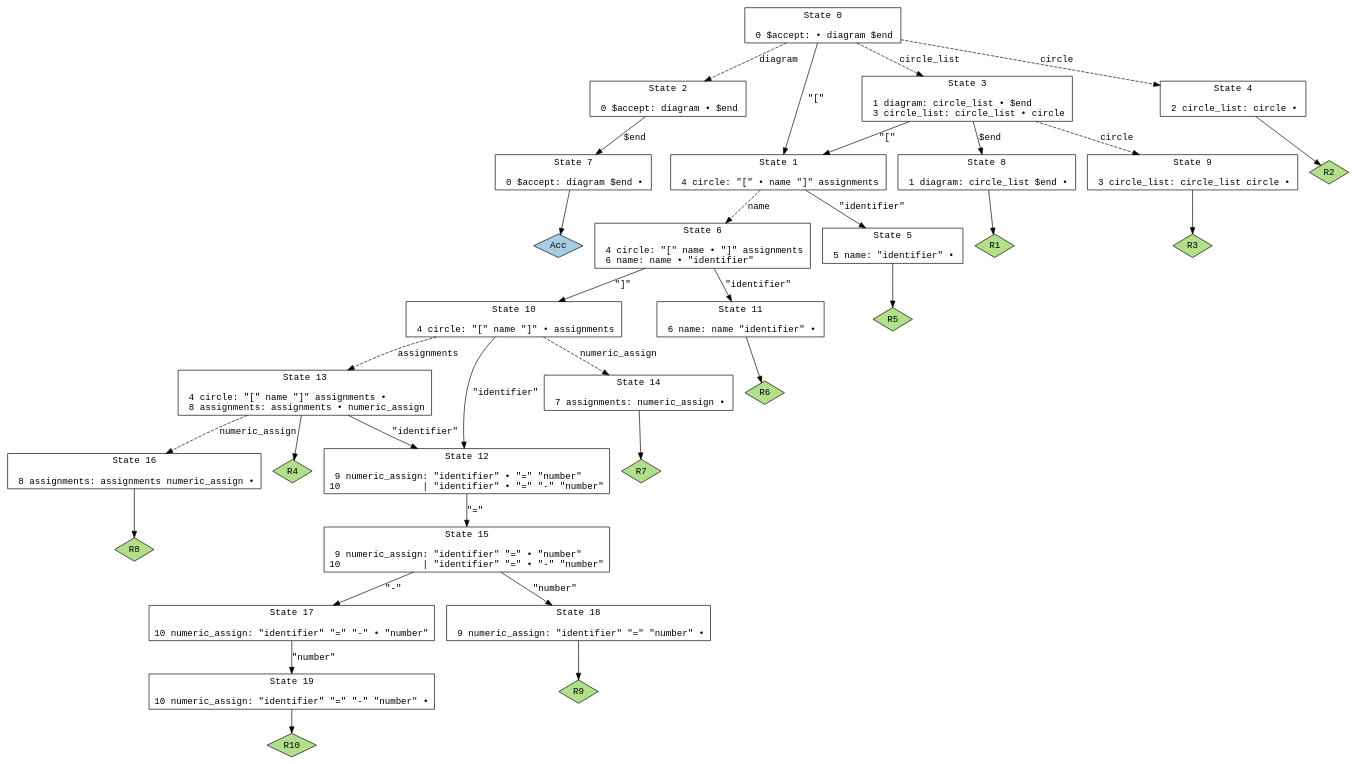
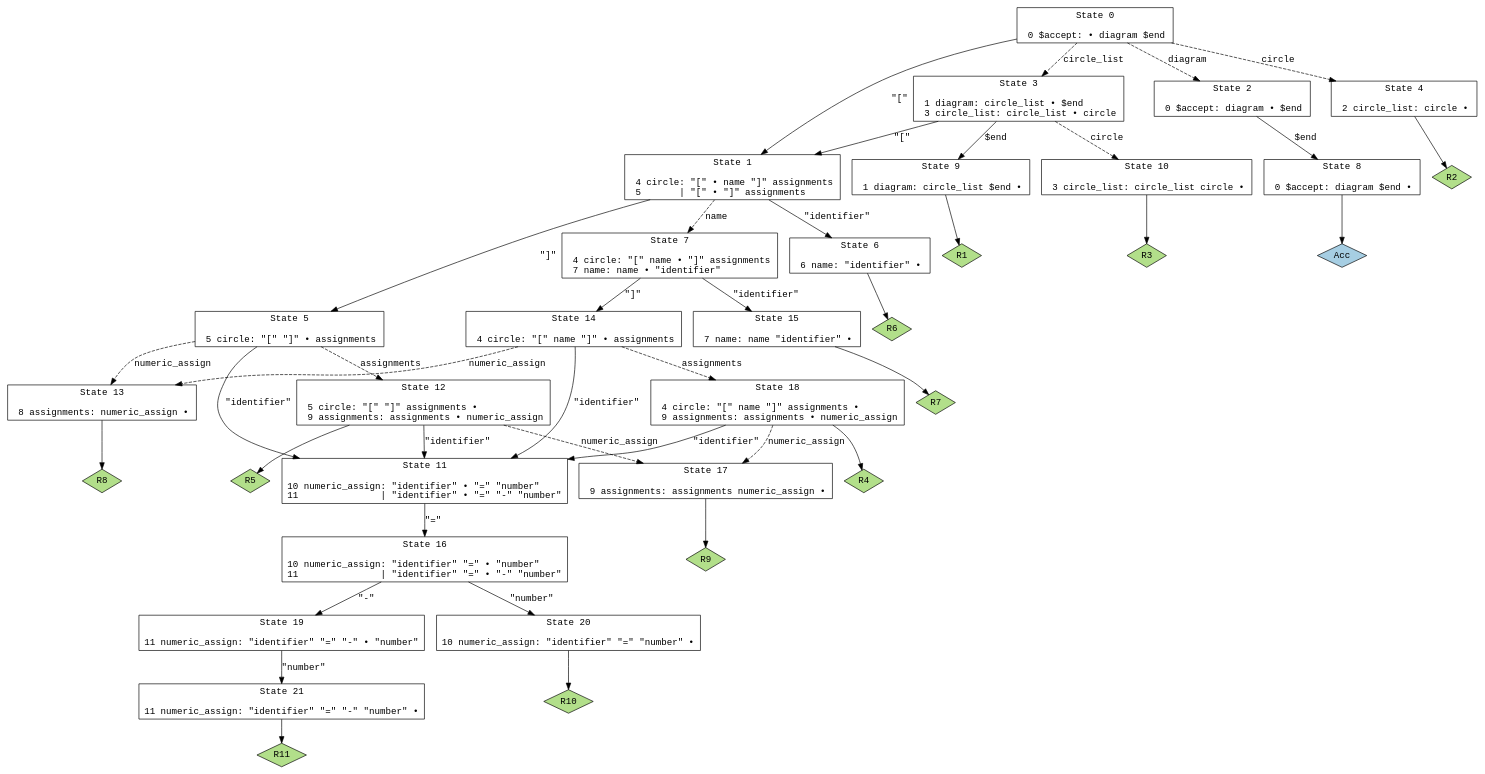
Before and after one commit to mahlenmorris/VCVRack: the diagram in src/parser-venn/parser.gv, drawn with Graphviz. The commit also changed 9 other files, not shown here.

Commit message:
Now can save and load a diagram.

```diff
--- a/src/parser-venn/parser.gv
+++ b/src/parser-venn/parser.gv
@@ -1,73 +1,83 @@
 // Generated by GNU Bison 3.8.2.
 // Report bugs to <bug-bison@gnu.org>.
 // Home page: <https://www.gnu.org/software/bison/>.
 
 digraph "parser.yy"
 {
   node [fontname = courier, shape = box, colorscheme = paired6]
   edge [fontname = courier]
 
   0 [label="State 0\n\l  0 $accept: • diagram $end\l"]
   0 -> 1 [style=solid label="\"[\""]
   0 -> 2 [style=dashed label="diagram"]
   0 -> 3 [style=dashed label="circle_list"]
   0 -> 4 [style=dashed label="circle"]
-  1 [label="State 1\n\l  4 circle: \"[\" • name \"]\" assignments\l"]
-  1 -> 5 [style=solid label="\"identifier\""]
-  1 -> 6 [style=dashed label="name"]
+  1 [label="State 1\n\l  4 circle: \"[\" • name \"]\" assignments\l  5       | \"[\" • \"]\" assignments\l"]
+  1 -> 5 [style=solid label="\"]\""]
+  1 -> 6 [style=solid label="\"identifier\""]
+  1 -> 7 [style=dashed label="name"]
   2 [label="State 2\n\l  0 $accept: diagram • $end\l"]
-  2 -> 7 [style=solid label="$end"]
+  2 -> 8 [style=solid label="$end"]
   3 [label="State 3\n\l  1 diagram: circle_list • $end\l  3 circle_list: circle_list • circle\l"]
-  3 -> 8 [style=solid label="$end"]
+  3 -> 9 [style=solid label="$end"]
   3 -> 1 [style=solid label="\"[\""]
-  3 -> 9 [style=dashed label="circle"]
+  3 -> 10 [style=dashed label="circle"]
   4 [label="State 4\n\l  2 circle_list: circle •\l"]
   4 -> "4R2" [style=solid]
  "4R2" [label="R2", fillcolor=3, shape=diamond, style=filled]
-  5 [label="State 5\n\l  5 name: \"identifier\" •\l"]
-  5 -> "5R5" [style=solid]
- "5R5" [label="R5", fillcolor=3, shape=diamond, style=filled]
-  6 [label="State 6\n\l  4 circle: \"[\" name • \"]\" assignments\l  6 name: name • \"identifier\"\l"]
-  6 -> 10 [style=solid label="\"]\""]
-  6 -> 11 [style=solid label="\"identifier\""]
-  7 [label="State 7\n\l  0 $accept: diagram $end •\l"]
-  7 -> "7R0" [style=solid]
- "7R0" [label="Acc", fillcolor=1, shape=diamond, style=filled]
-  8 [label="State 8\n\l  1 diagram: circle_list $end •\l"]
-  8 -> "8R1" [style=solid]
- "8R1" [label="R1", fillcolor=3, shape=diamond, style=filled]
-  9 [label="State 9\n\l  3 circle_list: circle_list circle •\l"]
-  9 -> "9R3" [style=solid]
- "9R3" [label="R3", fillcolor=3, shape=diamond, style=filled]
-  10 [label="State 10\n\l  4 circle: \"[\" name \"]\" • assignments\l"]
-  10 -> 12 [style=solid label="\"identifier\""]
-  10 -> 13 [style=dashed label="assignments"]
-  10 -> 14 [style=dashed label="numeric_assign"]
-  11 [label="State 11\n\l  6 name: name \"identifier\" •\l"]
-  11 -> "11R6" [style=solid]
- "11R6" [label="R6", fillcolor=3, shape=diamond, style=filled]
-  12 [label="State 12\n\l  9 numeric_assign: \"identifier\" • \"=\" \"number\"\l 10               | \"identifier\" • \"=\" \"-\" \"number\"\l"]
-  12 -> 15 [style=solid label="\"=\""]
-  13 [label="State 13\n\l  4 circle: \"[\" name \"]\" assignments •\l  8 assignments: assignments • numeric_assign\l"]
-  13 -> 12 [style=solid label="\"identifier\""]
-  13 -> 16 [style=dashed label="numeric_assign"]
-  13 -> "13R4" [style=solid]
- "13R4" [label="R4", fillcolor=3, shape=diamond, style=filled]
-  14 [label="State 14\n\l  7 assignments: numeric_assign •\l"]
-  14 -> "14R7" [style=solid]
- "14R7" [label="R7", fillcolor=3, shape=diamond, style=filled]
-  15 [label="State 15\n\l  9 numeric_assign: \"identifier\" \"=\" • \"number\"\l 10               | \"identifier\" \"=\" • \"-\" \"number\"\l"]
-  15 -> 17 [style=solid label="\"-\""]
-  15 -> 18 [style=solid label="\"number\""]
-  16 [label="State 16\n\l  8 assignments: assignments numeric_assign •\l"]
-  16 -> "16R8" [style=solid]
- "16R8" [label="R8", fillcolor=3, shape=diamond, style=filled]
-  17 [label="State 17\n\l 10 numeric_assign: \"identifier\" \"=\" \"-\" • \"number\"\l"]
-  17 -> 19 [style=solid label="\"number\""]
-  18 [label="State 18\n\l  9 numeric_assign: \"identifier\" \"=\" \"number\" •\l"]
-  18 -> "18R9" [style=solid]
- "18R9" [label="R9", fillcolor=3, shape=diamond, style=filled]
-  19 [label="State 19\n\l 10 numeric_assign: \"identifier\" \"=\" \"-\" \"number\" •\l"]
-  19 -> "19R10" [style=solid]
- "19R10" [label="R10", fillcolor=3, shape=diamond, style=filled]
+  5 [label="State 5\n\l  5 circle: \"[\" \"]\" • assignments\l"]
+  5 -> 11 [style=solid label="\"identifier\""]
+  5 -> 12 [style=dashed label="assignments"]
+  5 -> 13 [style=dashed label="numeric_assign"]
+  6 [label="State 6\n\l  6 name: \"identifier\" •\l"]
+  6 -> "6R6" [style=solid]
+ "6R6" [label="R6", fillcolor=3, shape=diamond, style=filled]
+  7 [label="State 7\n\l  4 circle: \"[\" name • \"]\" assignments\l  7 name: name • \"identifier\"\l"]
+  7 -> 14 [style=solid label="\"]\""]
+  7 -> 15 [style=solid label="\"identifier\""]
+  8 [label="State 8\n\l  0 $accept: diagram $end •\l"]
+  8 -> "8R0" [style=solid]
+ "8R0" [label="Acc", fillcolor=1, shape=diamond, style=filled]
+  9 [label="State 9\n\l  1 diagram: circle_list $end •\l"]
+  9 -> "9R1" [style=solid]
+ "9R1" [label="R1", fillcolor=3, shape=diamond, style=filled]
+  10 [label="State 10\n\l  3 circle_list: circle_list circle •\l"]
+  10 -> "10R3" [style=solid]
+ "10R3" [label="R3", fillcolor=3, shape=diamond, style=filled]
+  11 [label="State 11\n\l 10 numeric_assign: \"identifier\" • \"=\" \"number\"\l 11               | \"identifier\" • \"=\" \"-\" \"number\"\l"]
+  11 -> 16 [style=solid label="\"=\""]
+  12 [label="State 12\n\l  5 circle: \"[\" \"]\" assignments •\l  9 assignments: assignments • numeric_assign\l"]
+  12 -> 11 [style=solid label="\"identifier\""]
+  12 -> 17 [style=dashed label="numeric_assign"]
+  12 -> "12R5" [style=solid]
+ "12R5" [label="R5", fillcolor=3, shape=diamond, style=filled]
+  13 [label="State 13\n\l  8 assignments: numeric_assign •\l"]
+  13 -> "13R8" [style=solid]
+ "13R8" [label="R8", fillcolor=3, shape=diamond, style=filled]
+  14 [label="State 14\n\l  4 circle: \"[\" name \"]\" • assignments\l"]
+  14 -> 11 [style=solid label="\"identifier\""]
+  14 -> 18 [style=dashed label="assignments"]
+  14 -> 13 [style=dashed label="numeric_assign"]
+  15 [label="State 15\n\l  7 name: name \"identifier\" •\l"]
+  15 -> "15R7" [style=solid]
+ "15R7" [label="R7", fillcolor=3, shape=diamond, style=filled]
+  16 [label="State 16\n\l 10 numeric_assign: \"identifier\" \"=\" • \"number\"\l 11               | \"identifier\" \"=\" • \"-\" \"number\"\l"]
+  16 -> 19 [style=solid label="\"-\""]
+  16 -> 20 [style=solid label="\"number\""]
+  17 [label="State 17\n\l  9 assignments: assignments numeric_assign •\l"]
+  17 -> "17R9" [style=solid]
+ "17R9" [label="R9", fillcolor=3, shape=diamond, style=filled]
+  18 [label="State 18\n\l  4 circle: \"[\" name \"]\" assignments •\l  9 assignments: assignments • numeric_assign\l"]
+  18 -> 11 [style=solid label="\"identifier\""]
+  18 -> 17 [style=dashed label="numeric_assign"]
+  18 -> "18R4" [style=solid]
+ "18R4" [label="R4", fillcolor=3, shape=diamond, style=filled]
+  19 [label="State 19\n\l 11 numeric_assign: \"identifier\" \"=\" \"-\" • \"number\"\l"]
+  19 -> 21 [style=solid label="\"number\""]
+  20 [label="State 20\n\l 10 numeric_assign: \"identifier\" \"=\" \"number\" •\l"]
+  20 -> "20R10" [style=solid]
+ "20R10" [label="R10", fillcolor=3, shape=diamond, style=filled]
+  21 [label="State 21\n\l 11 numeric_assign: \"identifier\" \"=\" \"-\" \"number\" •\l"]
+  21 -> "21R11" [style=solid]
+ "21R11" [label="R11", fillcolor=3, shape=diamond, style=filled]
 }
```
